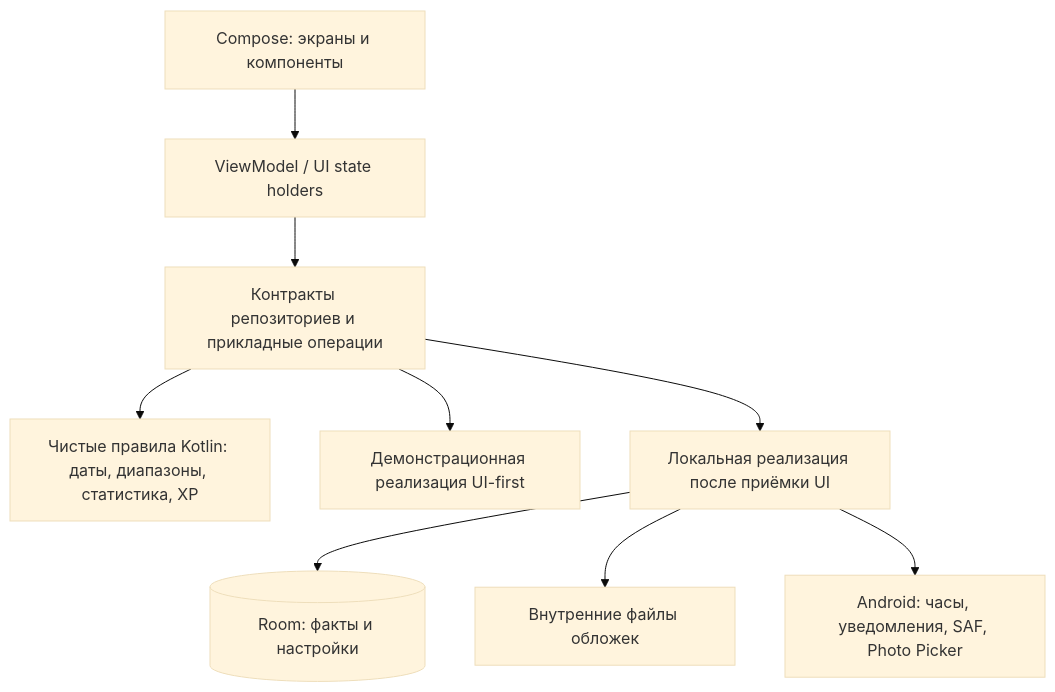
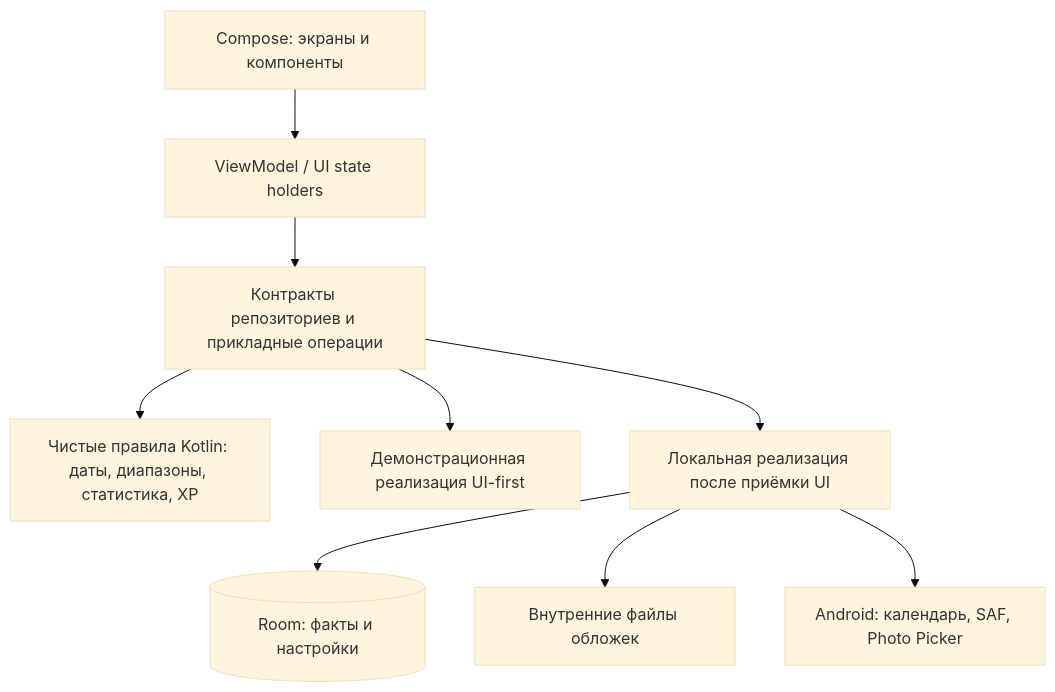
The first of 2 diagrams in ARCHITECTURE.md (GlebSkorobogatov/reading-journal-android-public), drawn with Mermaid (base theme) before and after one commit. The commit also changed other lines of this file and 37 other files, not shown here.

````diff
--- a/ARCHITECTURE.md
+++ b/ARCHITECTURE.md
@@ -29,11 +23,11 @@
 ```mermaid
 flowchart TD
     UI[Compose: экраны и компоненты] --> VM[ViewModel / UI state holders]
     VM --> P[Контракты репозиториев и прикладные операции]
     P --> D[Чистые правила Kotlin: даты, диапазоны, статистика, XP]
     P --> M[Демонстрационная реализация UI-first]
     P --> R[Локальная реализация после приёмки UI]
     R --> DB[(Room: факты и настройки)]
     R --> FS[Внутренние файлы обложек]
-    R --> SYS[Android: часы, уведомления, SAF, Photo Picker]
+    R --> SYS[Android: календарь, SAF, Photo Picker]
 ```
````
